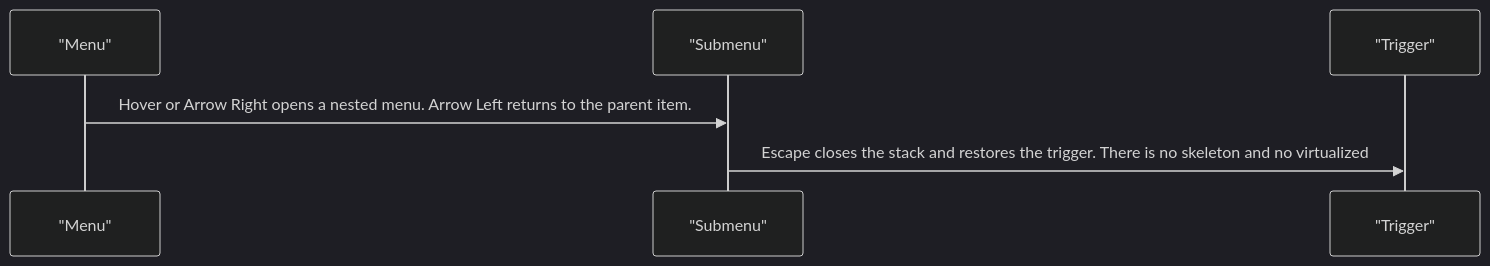
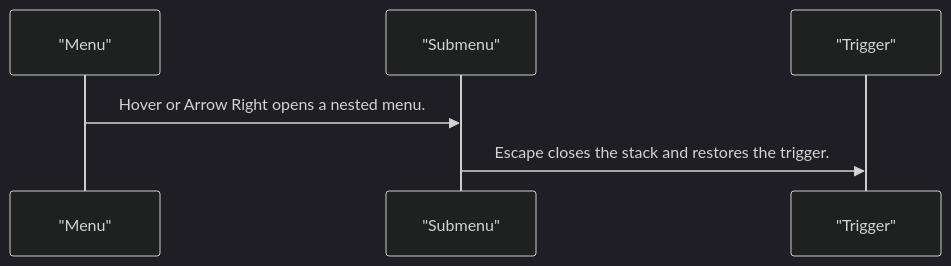
Before and after one commit to RajshekharBorate/pixel-ui: the fourth of 4 diagrams in projects/pixel-ui/src/lib/pixel-menu/DESIGN.md, drawn with Mermaid (dark theme). The commit also changed other lines of this file and 80 other files, not shown here.

Commit message:
Fill missing design flows and correct the stories that did not match component behavior.

````diff
--- a/projects/pixel-ui/src/lib/pixel-menu/DESIGN.md
+++ b/projects/pixel-ui/src/lib/pixel-menu/DESIGN.md
@@ -77,8 +77,8 @@
 ```mermaid
 sequenceDiagram
   participant menu as "Menu"
   participant sub as "Submenu"
   participant trigger as "Trigger"
-  menu->>sub: Hover or Arrow Right opens a nested menu. Arrow Left returns to the parent item.
-  sub->>trigger: Escape closes the stack and restores the trigger. There is no skeleton and no virtualized 
+  menu->>sub: Hover or Arrow Right opens a nested menu.
+  sub->>trigger: Escape closes the stack and restores the trigger.
 ```
````
